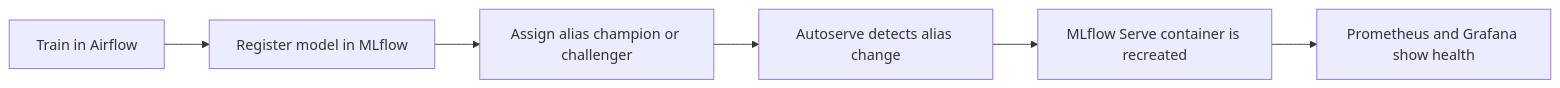
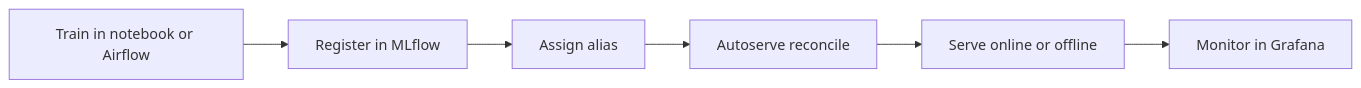
One commit to AleksTurov/mlops changed the diagram in README.md. Above: the diagram before and after it, drawn with Mermaid. The commit also changed other lines of this file and 11 other files, not shown here.

````diff
--- a/README.md
+++ b/README.md
@@ -35,8 +9,8 @@
 ```mermaid
 flowchart LR
-    A[Train in Airflow] --> B[Register model in MLflow]
-    B --> C[Assign alias champion or challenger]
-    C --> D[Autoserve detects alias change]
-    D --> E[MLflow Serve container is recreated]
-    E --> F[Prometheus and Grafana show health]
+    A[Train in notebook or Airflow] --> B[Register in MLflow]
+    B --> C[Assign alias]
+    C --> D[Autoserve reconcile]
+    D --> E[Serve online or offline]
+    E --> F[Monitor in Grafana]
 ```
````
